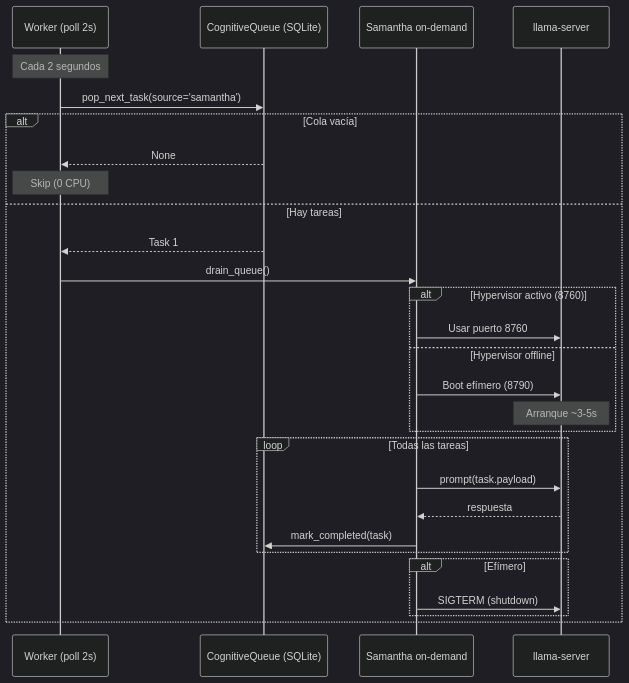
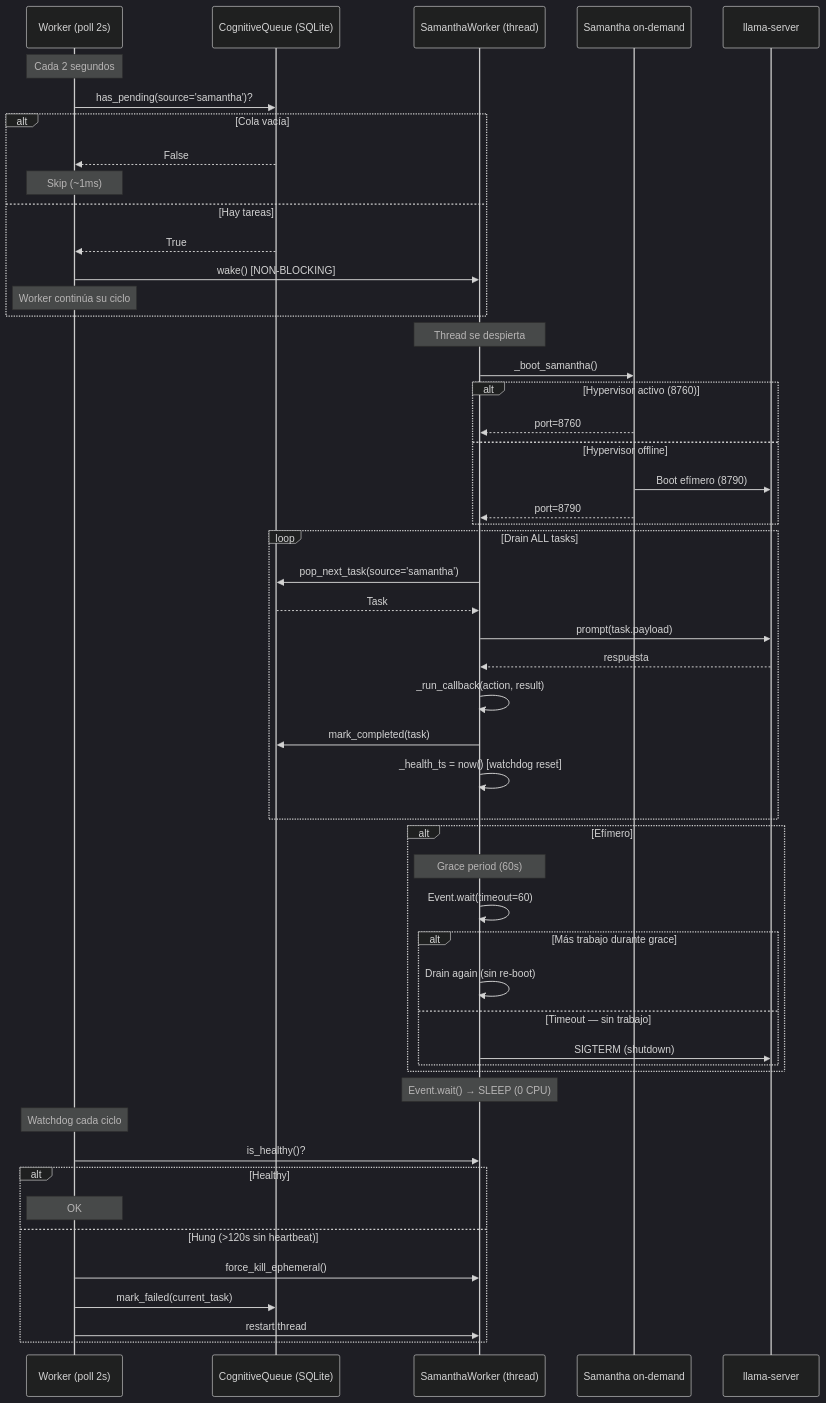
Before and after one commit to joanfgarcia/antigravity-red-pill: the second of 5 diagrams in docs/TECHNICAL/WAR_ECONOMY.md, drawn with Mermaid (dark theme). The commit also changed other lines of this file and 1 other file, not shown here.

Commit message:
docs: Update WAR_ECONOMY and CHANGELOG for v7.2 event-driven architecture
Reflect the SamanthaWorker event-driven thread, non-blocking worker
integration, watchdog, truncation fallback, and grace period in both
the CHANGELOG and the WAR_ECONOMY technical documentation.

Update all Mermaid sequence diagrams (sections 2.1, 2.2, 3.1) to show
the new signal-based flow instead of the old blocking drain_queue().

````diff
--- a/docs/TECHNICAL/WAR_ECONOMY.md
+++ b/docs/TECHNICAL/WAR_ECONOMY.md
@@ -114,35 +115,62 @@
 ```mermaid
 sequenceDiagram
     participant W as Worker (poll 2s)
     participant Q as CognitiveQueue (SQLite)
+    participant SW as SamanthaWorker (thread)
     participant S as Samantha on-demand
     participant L as llama-server
 
     Note over W: Cada 2 segundos
-    W->>Q: pop_next_task(source='samantha')
+    W->>Q: has_pending(source='samantha')?
     
     alt Cola vacía
-        Q-->>W: None
-        Note over W: Skip (0 CPU)
+        Q-->>W: False
+        Note over W: Skip (~1ms)
     else Hay tareas
-        Q-->>W: Task 1
-        W->>S: drain_queue()
-        
-        alt Hypervisor activo (8760)
-            S->>L: Usar puerto 8760
-        else Hypervisor offline
-            S->>L: Boot efímero (8790)
-            Note over L: Arranque ~3-5s
-        end
-        
-        loop Todas las tareas
-            S->>L: prompt(task.payload)
-            L-->>S: respuesta
-            S->>Q: mark_completed(task)
-        end
-        
-        alt Efímero
-            S->>L: SIGTERM (shutdown)
+        Q-->>W: True
+        W->>SW: wake() [NON-BLOCKING]
+        Note over W: Worker continúa su ciclo
+    end
+
+    Note over SW: Thread se despierta
+    SW->>S: _boot_samantha()
+    
+    alt Hypervisor activo (8760)
+        S-->>SW: port=8760
+    else Hypervisor offline
+        S->>L: Boot efímero (8790)
+        S-->>SW: port=8790
+    end
+    
+    loop Drain ALL tasks
+        SW->>Q: pop_next_task(source='samantha')
+        Q-->>SW: Task
+        SW->>L: prompt(task.payload)
+        L-->>SW: respuesta
+        SW->>SW: _run_callback(action, result)
+        SW->>Q: mark_completed(task)
+        SW->>SW: _health_ts = now() [watchdog reset]
+    end
+    
+    alt Efímero
+        Note over SW: Grace period (60s)
+        SW->>SW: Event.wait(timeout=60)
+        alt Más trabajo durante grace
+            SW->>SW: Drain again (sin re-boot)
+        else Timeout — sin trabajo
+            SW->>L: SIGTERM (shutdown)
         end
     end
+    
+    Note over SW: Event.wait() → SLEEP (0 CPU)
+    
+    Note over W: Watchdog cada ciclo
+    W->>SW: is_healthy()?
+    alt Healthy
+        Note over W: OK
+    else Hung (>120s sin heartbeat)
+        W->>SW: force_kill_ephemeral()
+        W->>Q: mark_failed(current_task)
+        W->>SW: restart thread
+    end
 ```
````
